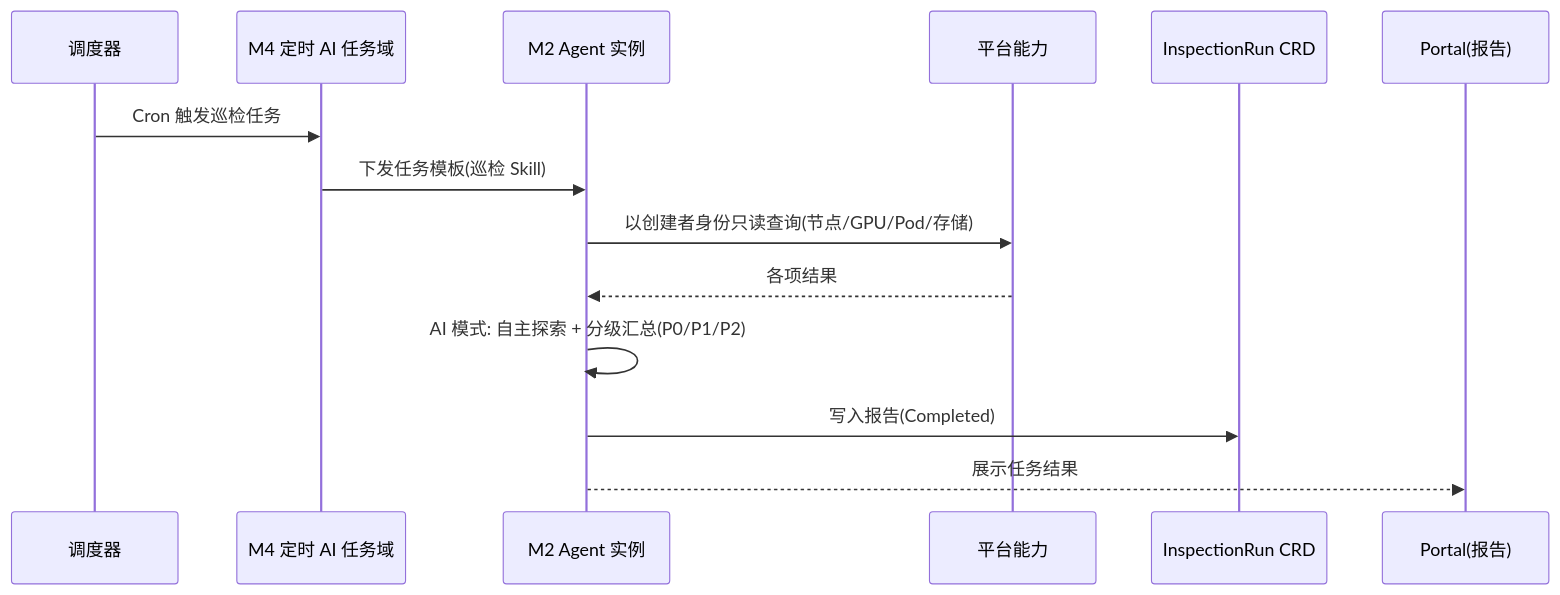
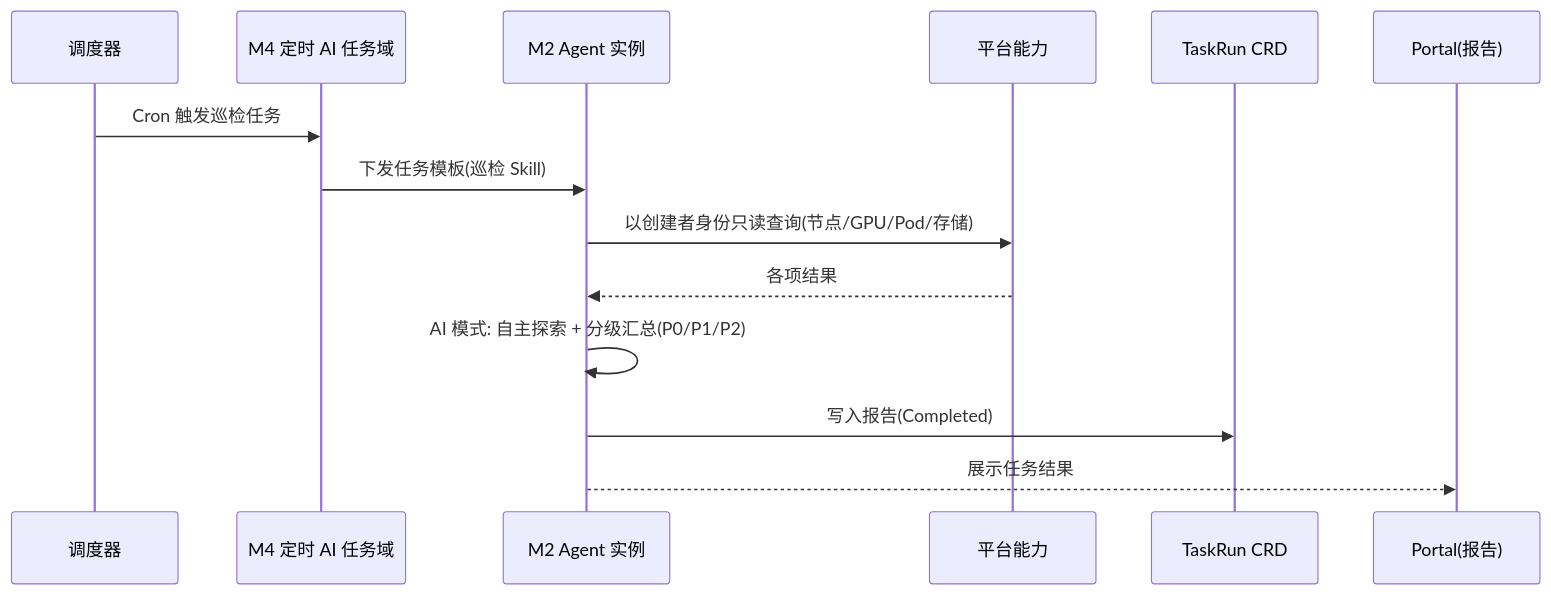
One commit to suanova/cubepilot changed the fifth of 5 diagrams in docs/CubeStack-平台智能助手-CubePilot-模块设计文档.md. Above: the diagram before and after it, drawn with Mermaid. The commit also changed other lines of this file and 1 other file, not shown here.

First line of the commit message:
docs: renumber NFR/FR-M4, move scheduled-AI-task to FR-M4-002

````diff
--- a/docs/CubeStack-平台智能助手-CubePilot-模块设计文档.md
+++ b/docs/CubeStack-平台智能助手-CubePilot-模块设计文档.md
@@ -496,17 +496,17 @@
 ```mermaid
 sequenceDiagram
     participant S as 调度器
     participant M4 as M4 定时 AI 任务域
     participant M2 as M2 Agent 实例
     participant K8s as 平台能力
-    participant CRD as InspectionRun CRD
+    participant CRD as TaskRun CRD
     participant P as Portal(报告)
 
     S->>M4: Cron 触发巡检任务
     M4->>M2: 下发任务模板(巡检 Skill)
     M2->>K8s: 以创建者身份只读查询(节点/GPU/Pod/存储)
     K8s-->>M2: 各项结果
     M2->>M2: AI 模式: 自主探索 + 分级汇总(P0/P1/P2)
     M2->>CRD: 写入报告(Completed)
     M2-->>P: 展示任务结果
 ```
````
